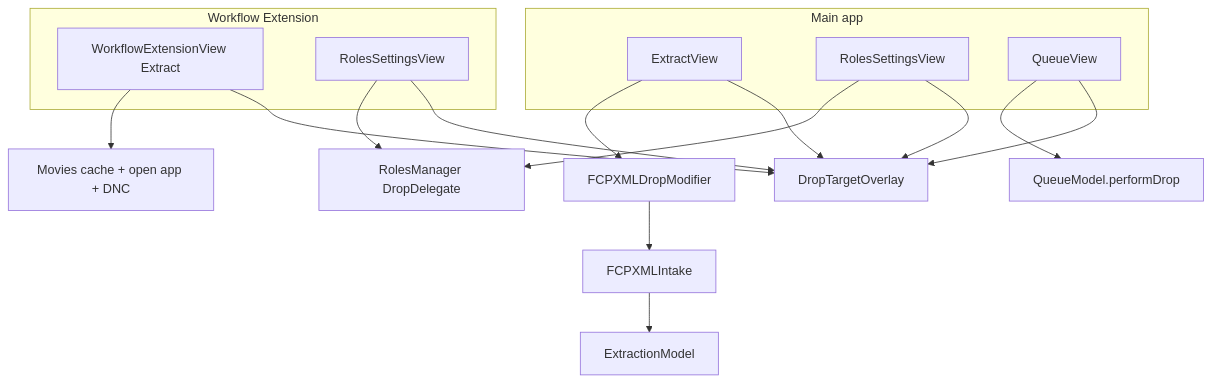
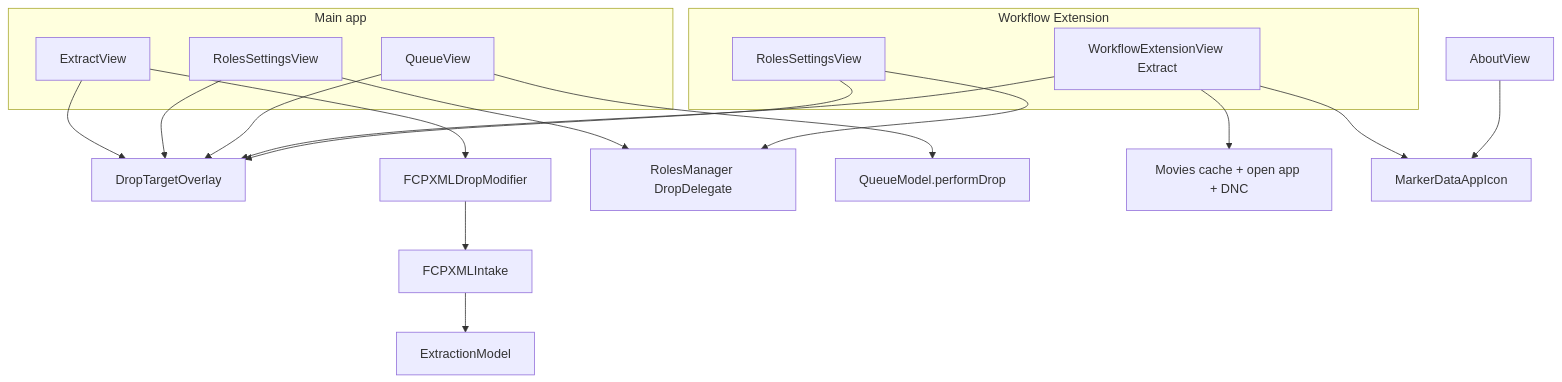
The fourth of 6 diagrams in ARCHITECTURE.md (TheAcharya/MarkerData), drawn with Mermaid before and after one commit. The commit also changed other lines of this file and 3 other files, not shown here.

````diff
--- a/ARCHITECTURE.md
+++ b/ARCHITECTURE.md
@@ -489,29 +492,33 @@
 ```mermaid
 flowchart TB
   subgraph mainApp [Main app]
     EX[ExtractView]
     RO[RolesSettingsView]
     QU[QueueView]
   end
 
   subgraph we [Workflow Extension]
     WEX[WorkflowExtensionView Extract]
     WRO[RolesSettingsView]
   end
 
   OV[DropTargetOverlay]
   EX --> OV
   RO --> OV
   QU --> OV
   WEX --> OV
   WRO --> OV
 
   EX --> FM[FCPXMLDropModifier]
   FM --> IN[FCPXMLIntake]
   IN --> EM[ExtractionModel]
 
   RO --> RM[RolesManager DropDelegate]
   WRO --> RM
   QU --> QM[QueueModel.performDrop]
   WEX --> HO[Movies cache + open app + DNC]
+  ICON[MarkerDataAppIcon]
+  WEX --> ICON
+  AV[AboutView]
+  AV --> ICON
 ```
````
